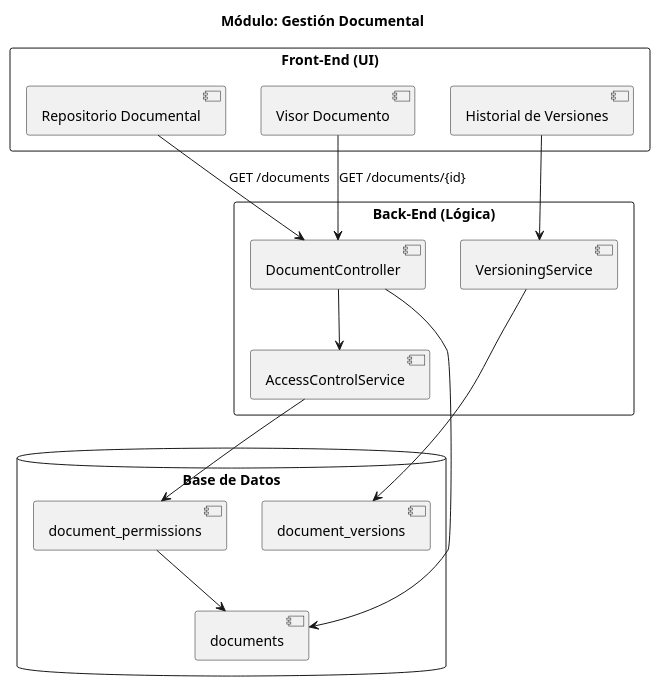
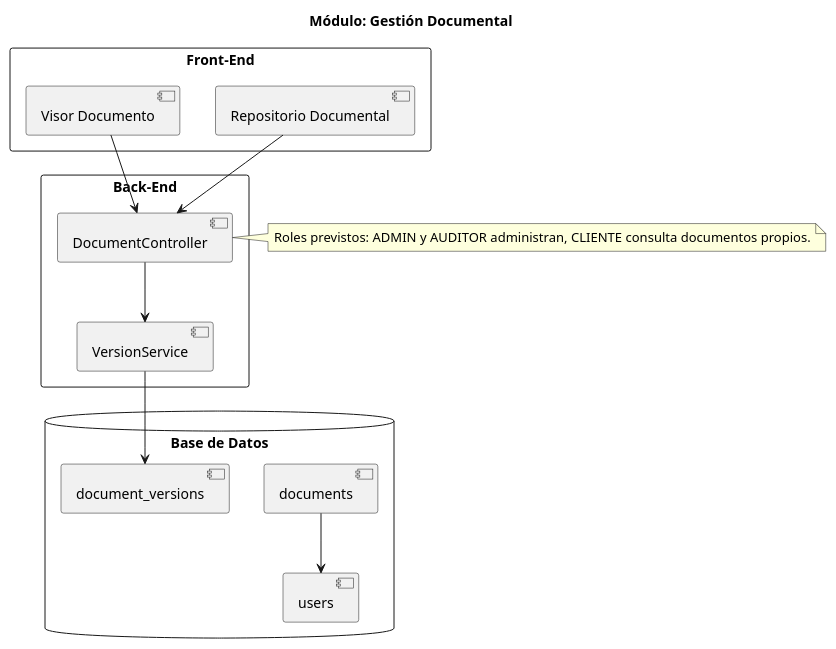
Before and after one commit to Orlamrt/SistemaContableISW: the diagram in docs/plantuml/documental.puml, drawn with PlantUML. The commit also changed 48 other files, not shown here.

```diff
--- a/docs/plantuml/documental.puml
+++ b/docs/plantuml/documental.puml
@@ -1,31 +1,30 @@
 @startuml
 title Módulo: Gestión Documental
 
-rectangle "Front-End (UI)" {
+rectangle "Front-End" {
   [Repositorio Documental]
   [Visor Documento]
-  [Historial de Versiones]
 }
 
-rectangle "Back-End (Lógica)" {
+rectangle "Back-End" {
   [DocumentController]
-  [AccessControlService]
-  [VersioningService]
+  [VersionService]
 }
+
+note right of [DocumentController]
+  Roles previstos: ADMIN y AUDITOR administran, CLIENTE consulta documentos propios.
+end note
 
 database "Base de Datos" {
   [documents]
   [document_versions]
-  [document_permissions]
+  [users]
 }
 
-[Repositorio Documental] --> [DocumentController] : GET /documents
-[Visor Documento] --> [DocumentController] : GET /documents/{id}
-[Historial de Versiones] --> [VersioningService]
-[DocumentController] --> [AccessControlService]
-[DocumentController] --> [documents]
-[VersioningService] --> [document_versions]
-[AccessControlService] --> [document_permissions]
-[document_permissions] --> [documents]
+[Repositorio Documental] --> [DocumentController]
+[Visor Documento] --> [DocumentController]
+[DocumentController] --> [VersionService]
+[VersionService] --> [document_versions]
+[documents] --> [users]
 
 @enduml
```
